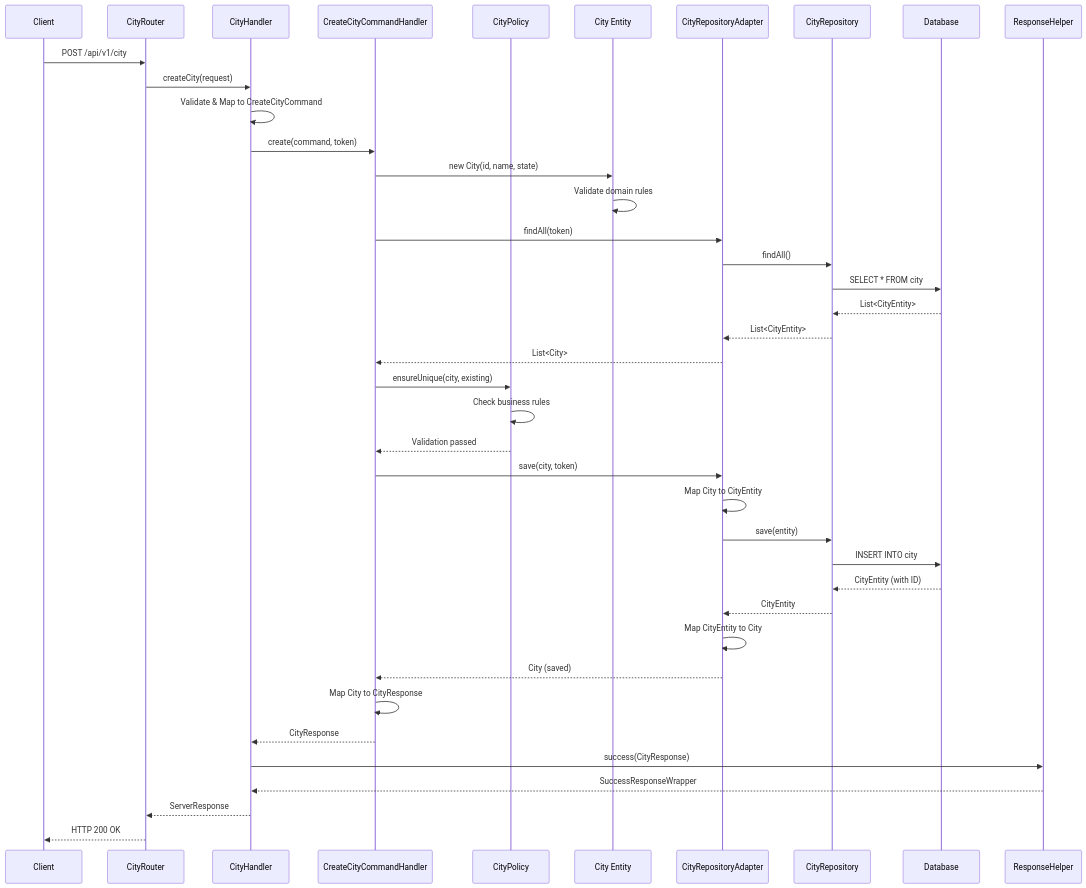
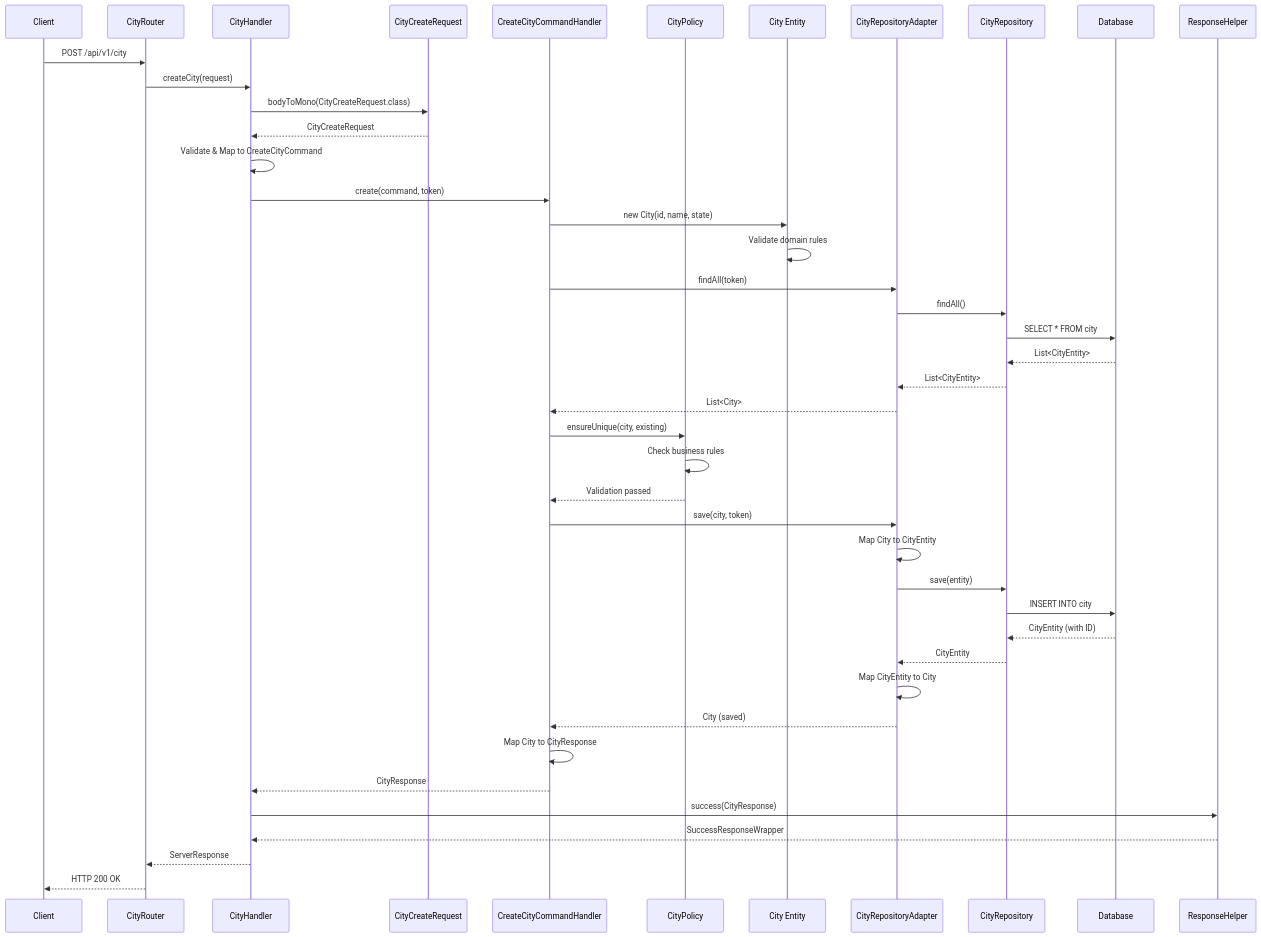
One commit to rajib-reea/spring-hexagonal-pjt changed the second of 4 diagrams in Architecture.md. Above: the diagram before and after it, drawn with Mermaid. The commit also changed other lines of this file, not shown here.

Commit message:
Update Architecture.md with new code components

````diff
--- a/Architecture.md
+++ b/Architecture.md
@@ -215,43 +231,46 @@
 ```mermaid
 sequenceDiagram
     participant C as Client
     participant R as CityRouter
     participant H as CityHandler
+    participant Req as CityCreateRequest
     participant S as CreateCityCommandHandler
     participant P as CityPolicy
     participant City as City Entity
     participant A as CityRepositoryAdapter
     participant Repo as CityRepository
     participant DB as Database
     participant Helper as ResponseHelper
 
     C->>R: POST /api/v1/city
     R->>H: createCity(request)
+    H->>Req: bodyToMono(CityCreateRequest.class)
+    Req-->>H: CityCreateRequest
     H->>H: Validate & Map to CreateCityCommand
     H->>S: create(command, token)
     S->>City: new City(id, name, state)
     City->>City: Validate domain rules
     S->>A: findAll(token)
     A->>Repo: findAll()
     Repo->>DB: SELECT * FROM city
     DB-->>Repo: List<CityEntity>
     Repo-->>A: List<CityEntity>
     A-->>S: List<City>
     S->>P: ensureUnique(city, existing)
     P->>P: Check business rules
     P-->>S: Validation passed
     S->>A: save(city, token)
     A->>A: Map City to CityEntity
     A->>Repo: save(entity)
     Repo->>DB: INSERT INTO city
     DB-->>Repo: CityEntity (with ID)
     Repo-->>A: CityEntity
     A->>A: Map CityEntity to City
     A-->>S: City (saved)
     S->>S: Map City to CityResponse
     S-->>H: CityResponse
     H->>Helper: success(CityResponse)
     Helper-->>H: SuccessResponseWrapper
     H-->>R: ServerResponse
     R-->>C: HTTP 200 OK
 ```
````
